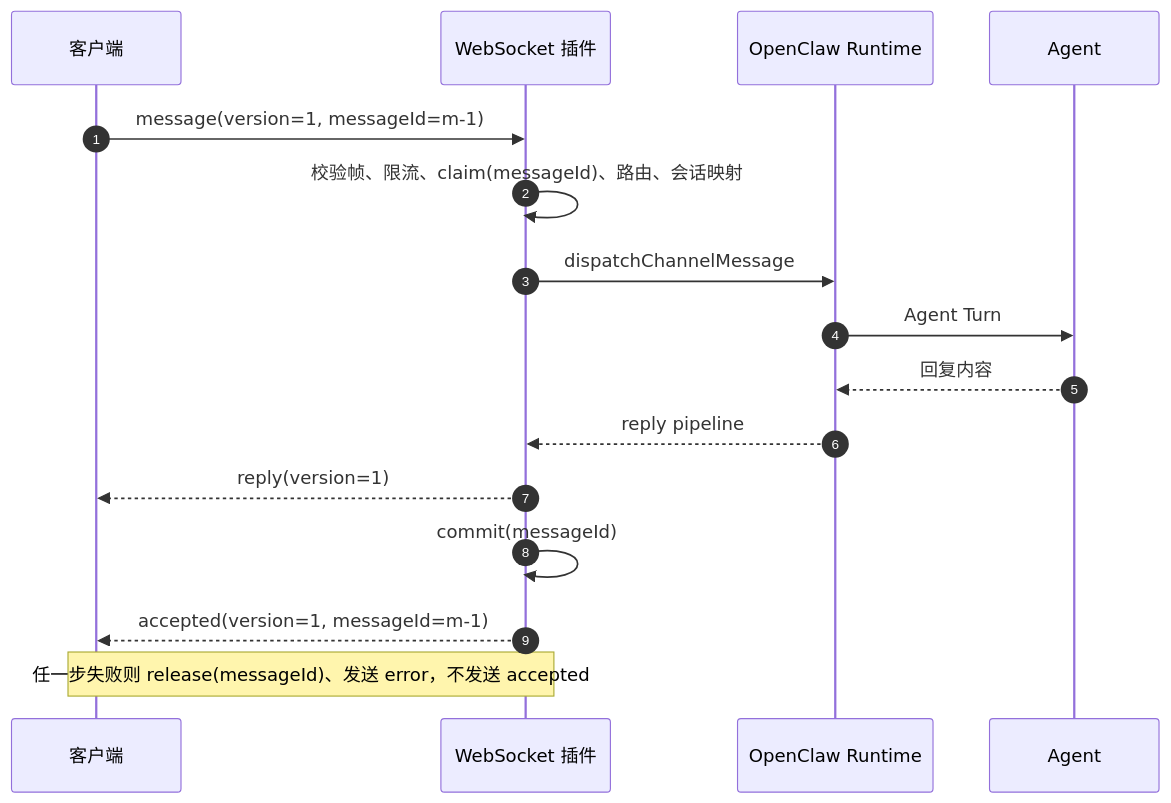
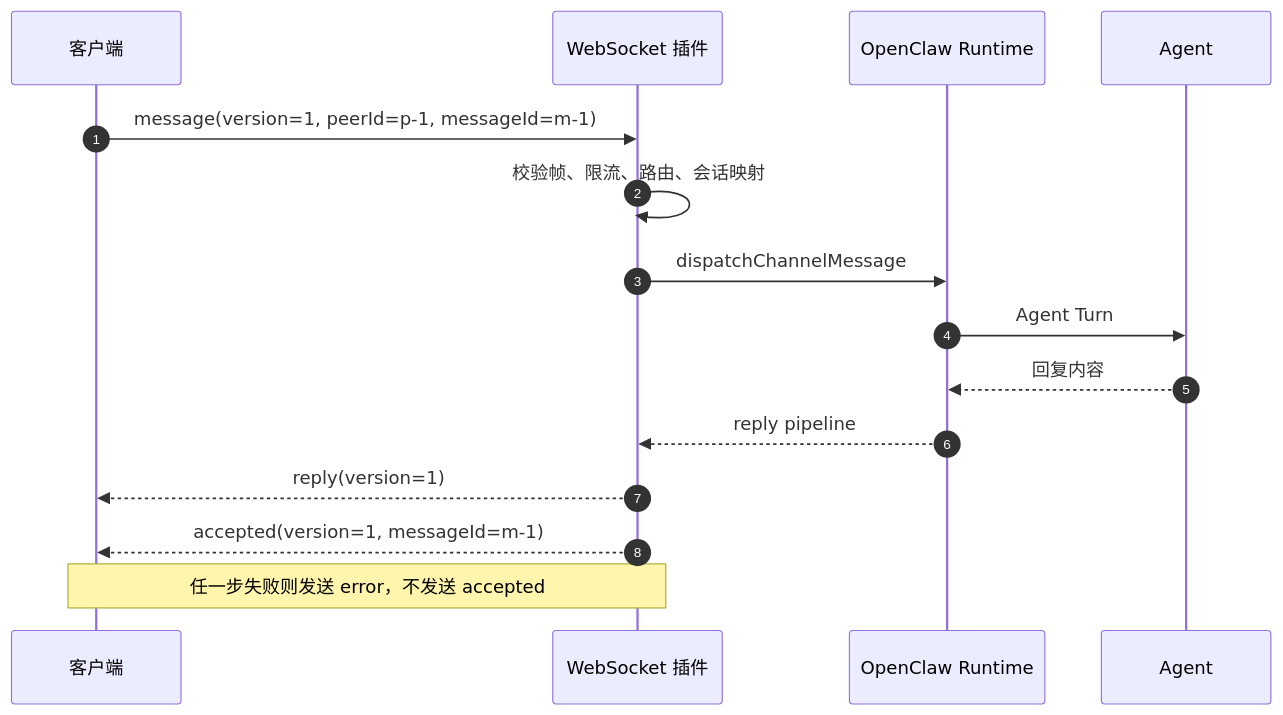
The third of 6 diagrams in extensions/web-socket/README.zh-CN.md (partme-ai/openclaw-plugins), drawn with Mermaid before and after one commit. The commit also changed other lines of this file and 179 other files, not shown here.

````diff
--- a/extensions/web-socket/README.zh-CN.md
+++ b/extensions/web-socket/README.zh-CN.md
@@ -215,19 +215,18 @@
 ```mermaid
 sequenceDiagram
   autonumber
   participant C as 客户端
   participant W as WebSocket 插件
   participant R as OpenClaw Runtime
   participant A as Agent
 
-  C->>W: message(version=1, messageId=m-1)
-  W->>W: 校验帧、限流、claim(messageId)、路由、会话映射
+  C->>W: message(version=1, peerId=p-1, messageId=m-1)
+  W->>W: 校验帧、限流、路由、会话映射
   W->>R: dispatchChannelMessage
   R->>A: Agent Turn
   A-->>R: 回复内容
   R-->>W: reply pipeline
   W-->>C: reply(version=1)
-  W->>W: commit(messageId)
   W-->>C: accepted(version=1, messageId=m-1)
-  Note over C,W: 任一步失败则 release(messageId)、发送 error，不发送 accepted
+  Note over C,W: 任一步失败则发送 error，不发送 accepted
 ```
````
